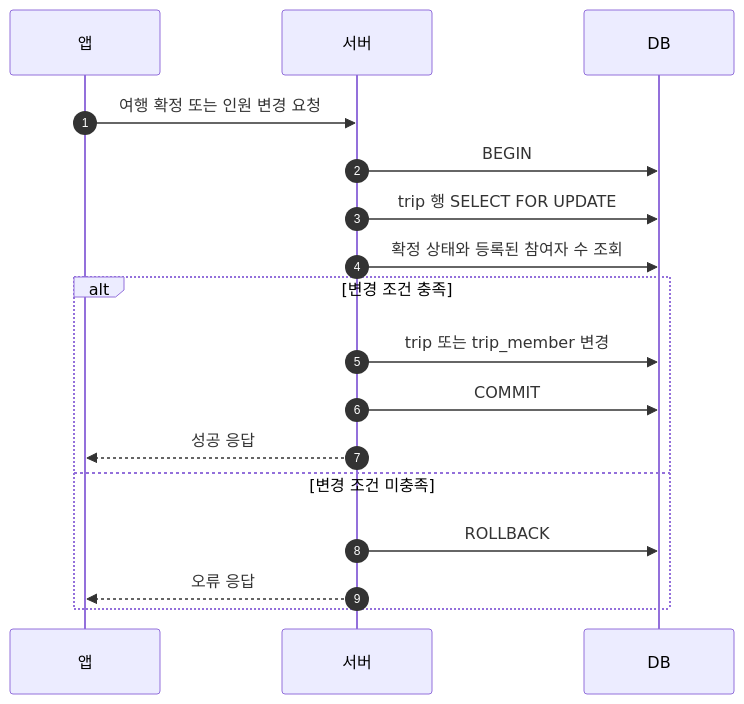
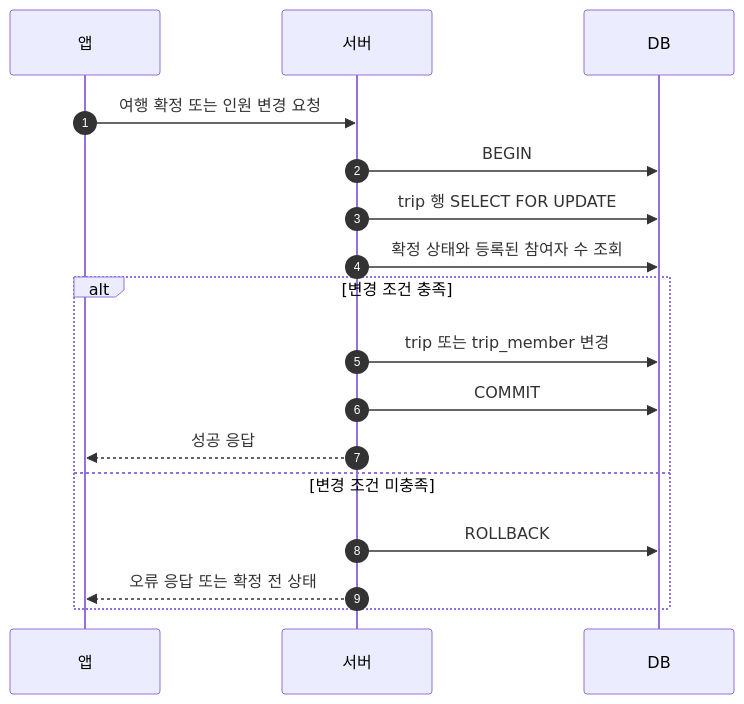
One commit to JECT-Study/Billit-5th-Docs changed the first of 2 diagrams in design/trip.md. Above: the diagram before and after it, drawn with Mermaid. The commit also changed other lines of this file, not shown here.

````diff
--- a/design/trip.md
+++ b/design/trip.md
@@ -37,20 +37,20 @@
 ```mermaid
 sequenceDiagram
     autonumber
     participant App as 앱
     participant Server as 서버
     participant DB as DB
 
     App->>Server: 여행 확정 또는 인원 변경 요청
     Server->>DB: BEGIN
     Server->>DB: trip 행 SELECT FOR UPDATE
     Server->>DB: 확정 상태와 등록된 참여자 수 조회
     alt 변경 조건 충족
         Server->>DB: trip 또는 trip_member 변경
         Server->>DB: COMMIT
         Server-->>App: 성공 응답
     else 변경 조건 미충족
         Server->>DB: ROLLBACK
-        Server-->>App: 오류 응답
+        Server-->>App: 오류 응답 또는 확정 전 상태
     end
 ```
````
